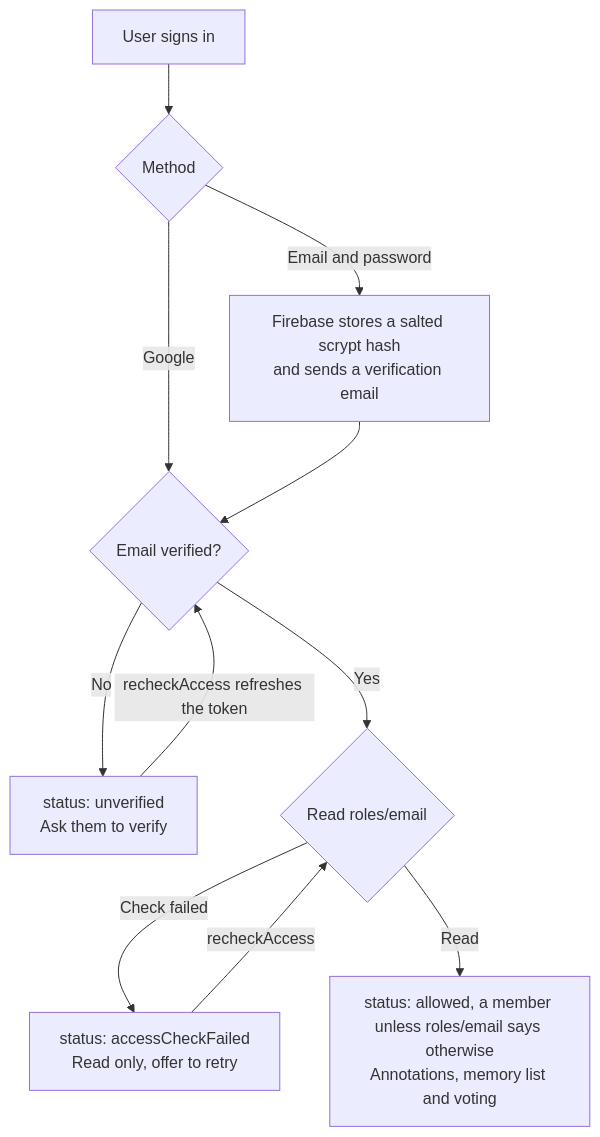
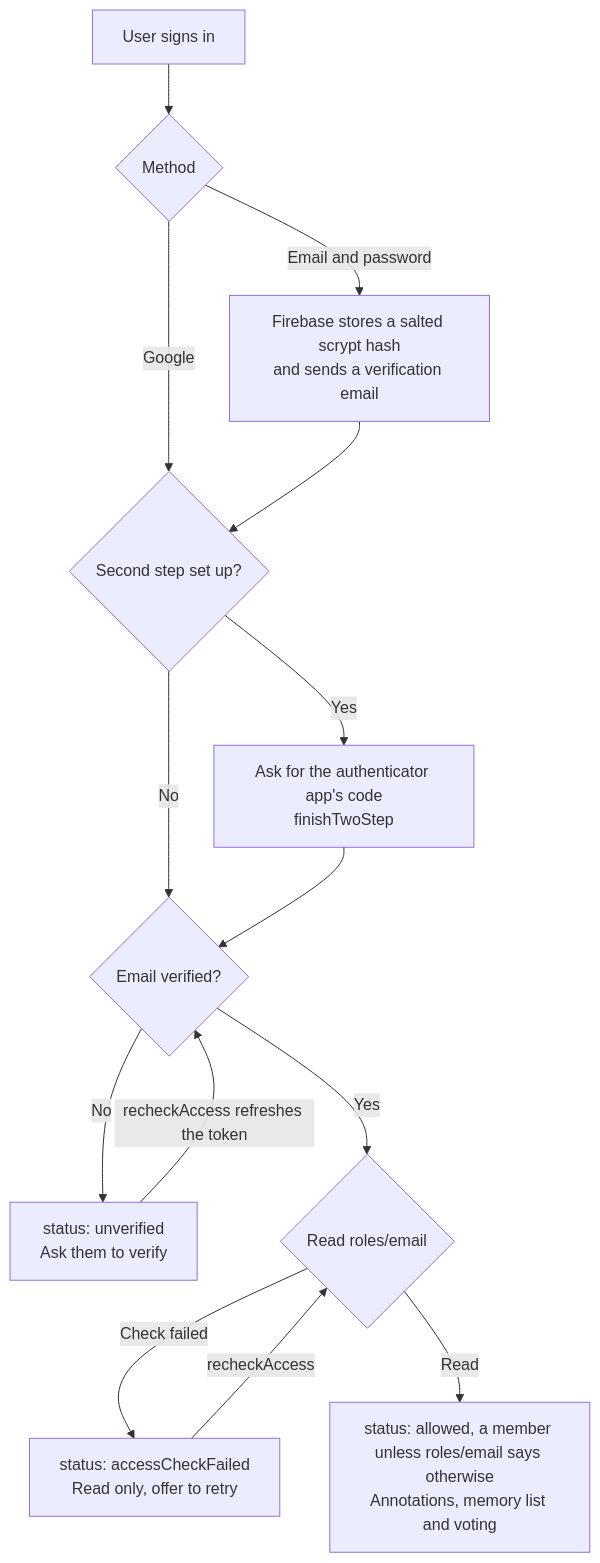
Diagram 17 of 25 in ARCHITECTURE.md (Valiance-Studios/bible-center), drawn with Mermaid before and after one commit. The commit also changed other lines of this file and 37 other files, not shown here.

First line of the commit message:
Require two-step sign-in for staff, and refuse temporary email sign-ups (#36)

````diff
--- a/ARCHITECTURE.md
+++ b/ARCHITECTURE.md
@@ -616,13 +620,16 @@
 ```mermaid
 flowchart TD
   start["User signs in"] --> method{"Method"}
-  method -- "Google" --> verified{"Email verified?"}
+  method -- "Google" --> twoStep{"Second step set up?"}
   method -- "Email and password" --> register["Firebase stores a salted scrypt hash<br/>and sends a verification email"]
-  register --> verified
+  register --> twoStep
+  twoStep -- "Yes" --> code["Ask for the authenticator app's code<br/>finishTwoStep"]
+  twoStep -- "No" --> verified{"Email verified?"}
+  code --> verified
   verified -- "No" --> prompt["status: unverified<br/>Ask them to verify"]
   prompt -- "recheckAccess refreshes the token" --> verified
   verified -- "Yes" --> role{"Read roles/email"}
   role -- "Check failed" --> failed["status: accessCheckFailed<br/>Read only, offer to retry"]
   role -- "Read" --> access["status: allowed, a member unless roles/email says otherwise<br/>Annotations, memory list and voting"]
   failed -- "recheckAccess" --> role
 ```
````
